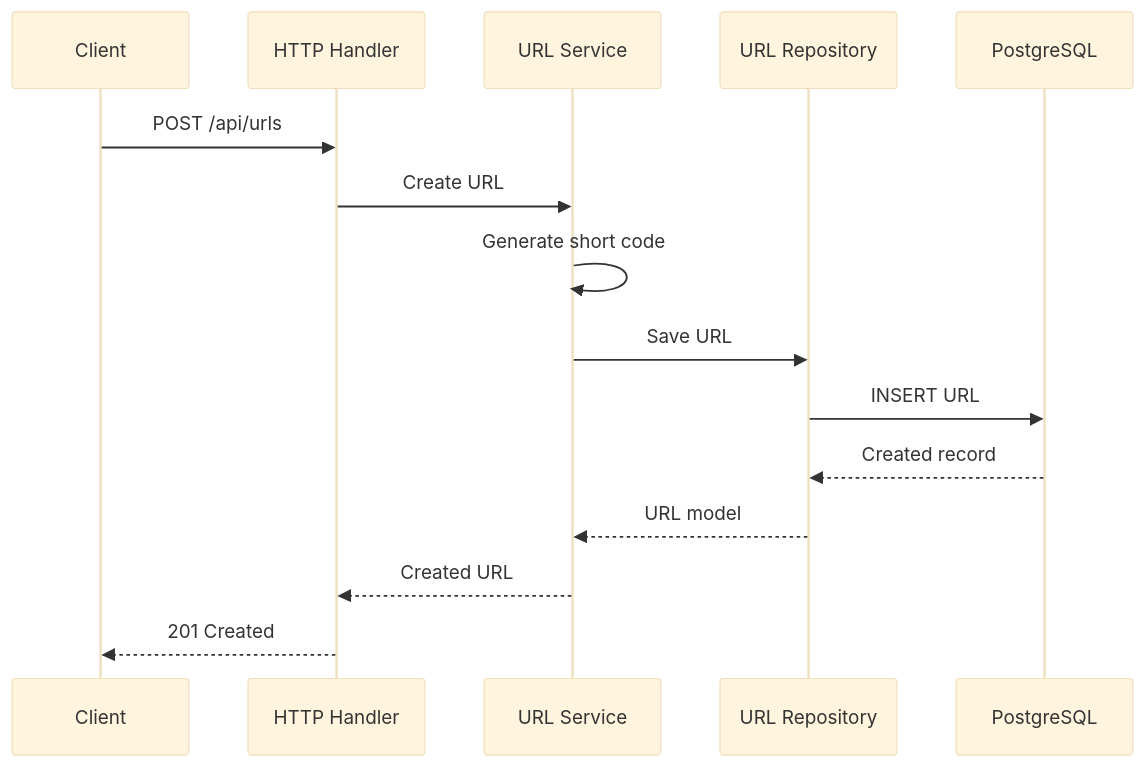
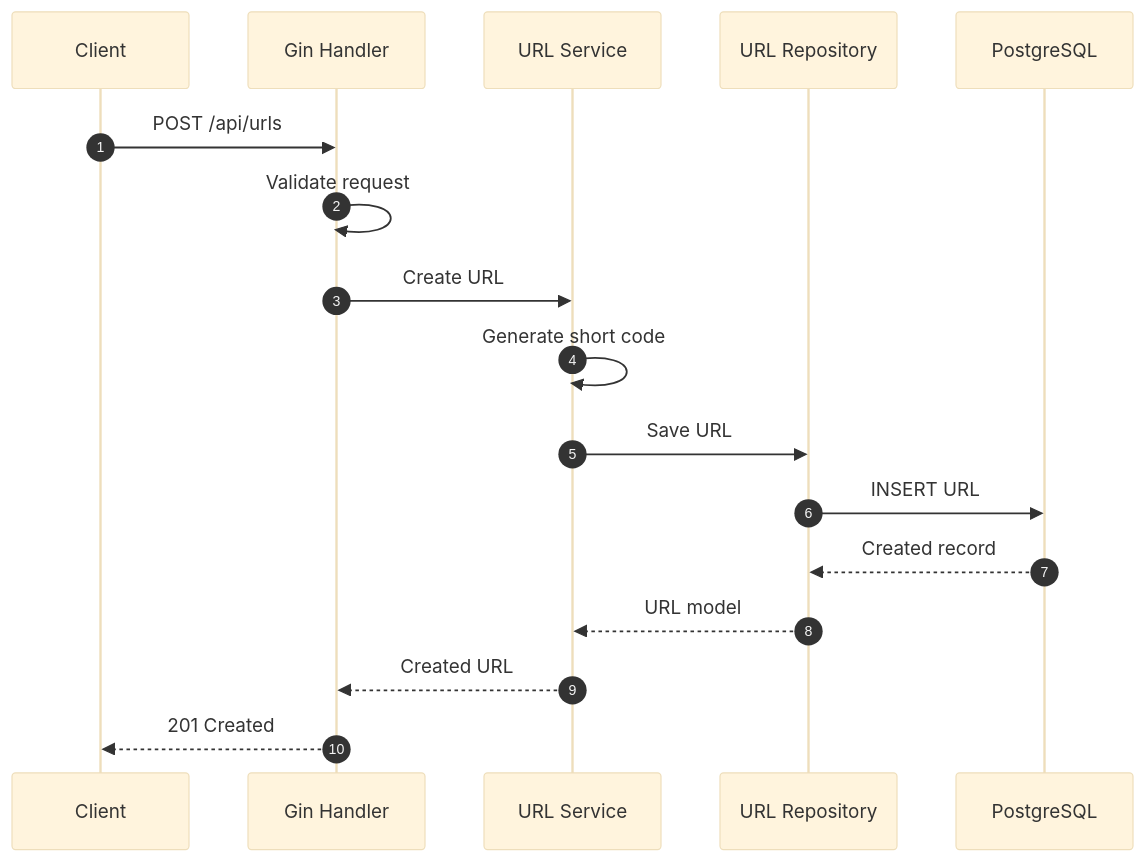
One commit to linsfelipec/url-analytics changed the second of 2 diagrams in README.md. Above: the diagram before and after it, drawn with Mermaid (base theme). The commit also changed other lines of this file, not shown here.

````diff
--- a/README.md
+++ b/README.md
@@ -57,18 +76,20 @@
 ```mermaid
 sequenceDiagram
+    autonumber
     participant C as Client
-    participant H as HTTP Handler
+    participant H as Gin Handler
     participant S as URL Service
     participant R as URL Repository
     participant DB as PostgreSQL
 
     C->>H: POST /api/urls
+    H->>H: Validate request
     H->>S: Create URL
     S->>S: Generate short code
     S->>R: Save URL
     R->>DB: INSERT URL
     DB-->>R: Created record
     R-->>S: URL model
     S-->>H: Created URL
     H-->>C: 201 Created
 ```
````
